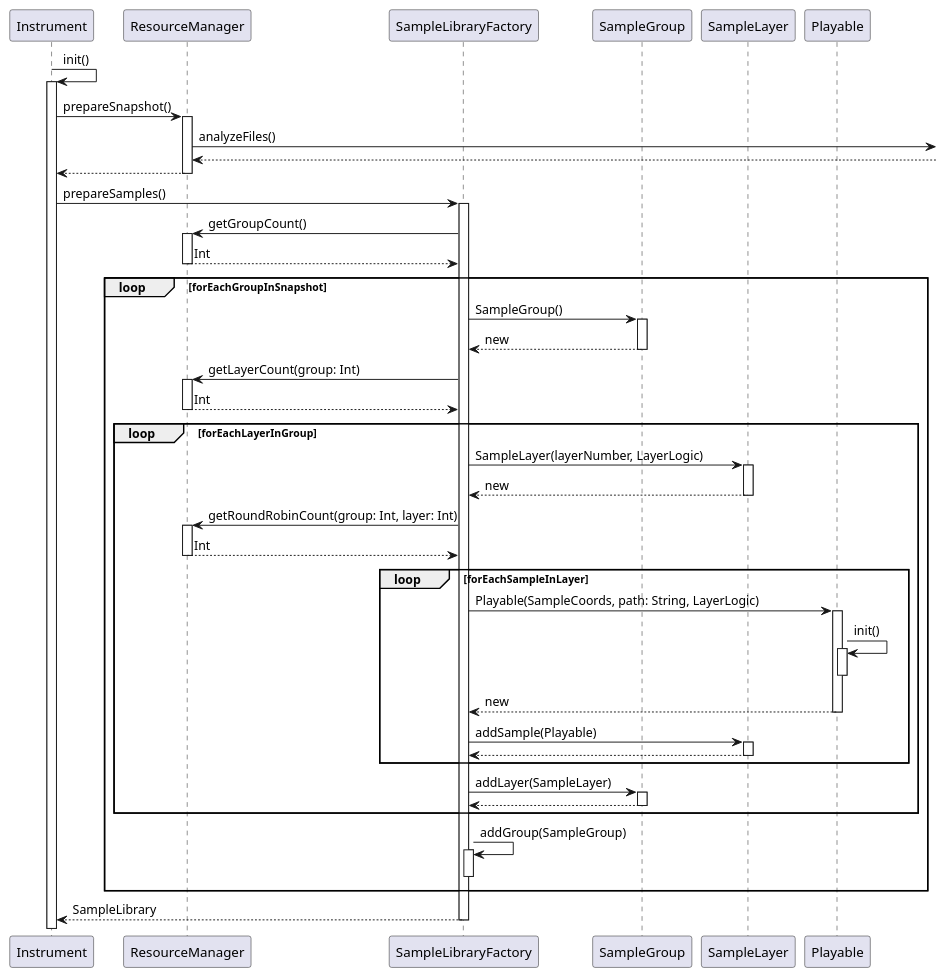
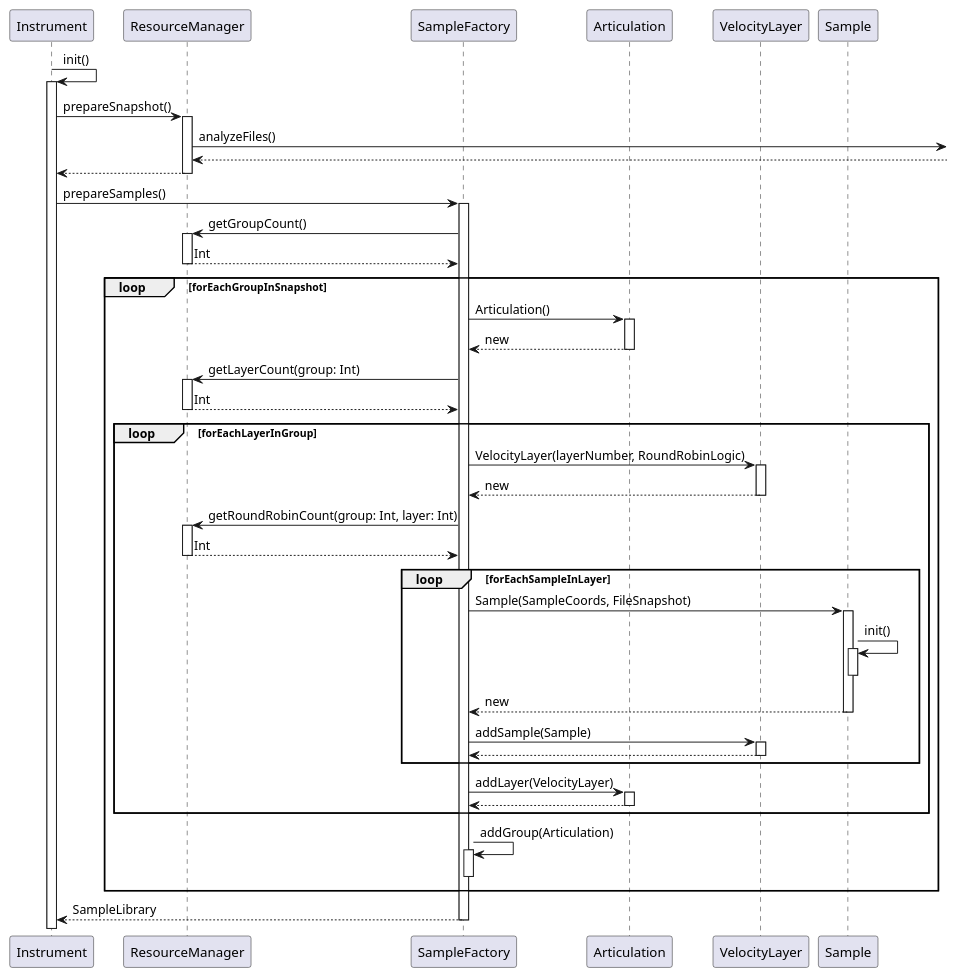
The diagram in app/Documentation/prepareSamplesSequence.puml (tunepruner/FingerPerc), drawn with PlantUML before and after one commit. The commit also changed 88 other files, not shown here.

```diff
--- a/app/Documentation/prepareSamplesSequence.puml
+++ b/app/Documentation/prepareSamplesSequence.puml
@@ -1,41 +1,41 @@
 @startuml
 Instrument->Instrument++: init()
 
 Instrument->ResourceManager++: prepareSnapshot()
 ResourceManager->: analyzeFiles()
 ResourceManager<--
 
 return
-Instrument-> SampleLibraryFactory++: prepareSamples()
-SampleLibraryFactory->ResourceManager++: getGroupCount()
+Instrument-> SampleFactory++: prepareSamples()
+SampleFactory->ResourceManager++: getGroupCount()
 return Int
 
 loop forEachGroupInSnapshot
-SampleLibraryFactory->SampleGroup++: SampleGroup()
+SampleFactory->Articulation++: Articulation()
 return new
-SampleLibraryFactory->ResourceManager++: getLayerCount(group: Int)
+SampleFactory->ResourceManager++: getLayerCount(group: Int)
 return Int
 loop forEachLayerInGroup
-SampleLibraryFactory->SampleLayer++: SampleLayer(layerNumber, LayerLogic)
+SampleFactory->VelocityLayer++: VelocityLayer(layerNumber, RoundRobinLogic)
 return new
-SampleLibraryFactory->ResourceManager++: getRoundRobinCount(group: Int, layer: Int)
+SampleFactory->ResourceManager++: getRoundRobinCount(group: Int, layer: Int)
 return Int
 loop forEachSampleInLayer
-SampleLibraryFactory->Playable++: Playable(SampleCoords, path: String, LayerLogic)
-Playable->Playable++: init()
+SampleFactory->Sample++: Sample(SampleCoords, FileSnapshot)
+Sample->Sample++: init()
 
 deactivate
 return new
-SampleLibraryFactory->SampleLayer++: addSample(Playable)
+SampleFactory->VelocityLayer++: addSample(Sample)
 return
 end loop
-SampleLibraryFactory->SampleGroup++:addLayer(SampleLayer)
+SampleFactory->Articulation++:addLayer(VelocityLayer)
 return
 end loop
-SampleLibraryFactory->SampleLibraryFactory++: addGroup(SampleGroup)
+SampleFactory->SampleFactory++: addGroup(Articulation)
 deactivate
 end loop
 
 return SampleLibrary
 
 @enduml
```
